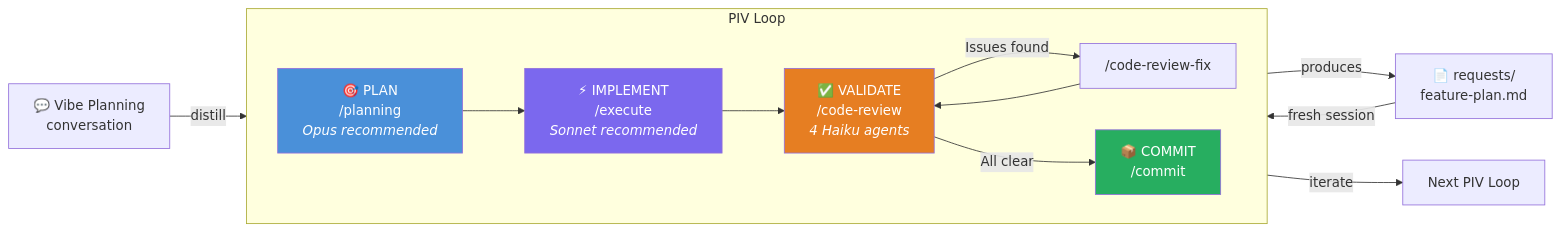
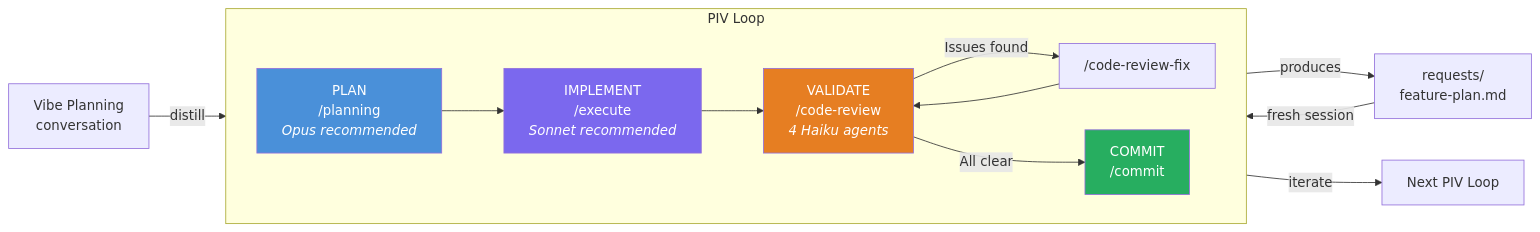
Before and after one commit to ryanjosebrosas/second-brain-ultimatum: the first of 8 diagrams in README.md, drawn with Mermaid. The commit also changed other lines of this file, not shown here.

First line of the commit message:
docs(readme): narrative rewrite with progressive disclosure and 8 mermaid diagrams

````diff
--- a/README.md
+++ b/README.md
@@ -44,25 +49,25 @@
 ```mermaid
 graph LR
     subgraph "PIV Loop"
         direction LR
-        P["🎯 PLAN<br/>/planning<br/><i>Opus recommended</i>"]
-        I["⚡ IMPLEMENT<br/>/execute<br/><i>Sonnet recommended</i>"]
-        V["✅ VALIDATE<br/>/code-review<br/><i>4 Haiku agents</i>"]
-        C["📦 COMMIT<br/>/commit"]
+        P["PLAN<br/>/planning<br/><i>Opus recommended</i>"]
+        I["IMPLEMENT<br/>/execute<br/><i>Sonnet recommended</i>"]
+        V["VALIDATE<br/>/code-review<br/><i>4 Haiku agents</i>"]
+        C["COMMIT<br/>/commit"]
 
         P --> I --> V
         V -->|"Issues found"| FIX["/code-review-fix"]
         FIX --> V
         V -->|"All clear"| C
     end
 
-    VIBE["💬 Vibe Planning<br/>conversation"] -->|"distill"| P
-    P -->|"produces"| PLAN["📄 requests/<br/>feature-plan.md"]
+    VIBE["Vibe Planning<br/>conversation"] -->|"distill"| P
+    P -->|"produces"| PLAN["requests/<br/>feature-plan.md"]
     PLAN -->|"fresh session"| I
     C -->|"iterate"| NEXT["Next PIV Loop"]
 
     style P fill:#4a90d9,color:#fff
     style I fill:#7b68ee,color:#fff
     style V fill:#e67e22,color:#fff
     style C fill:#27ae60,color:#fff
 ```
````
